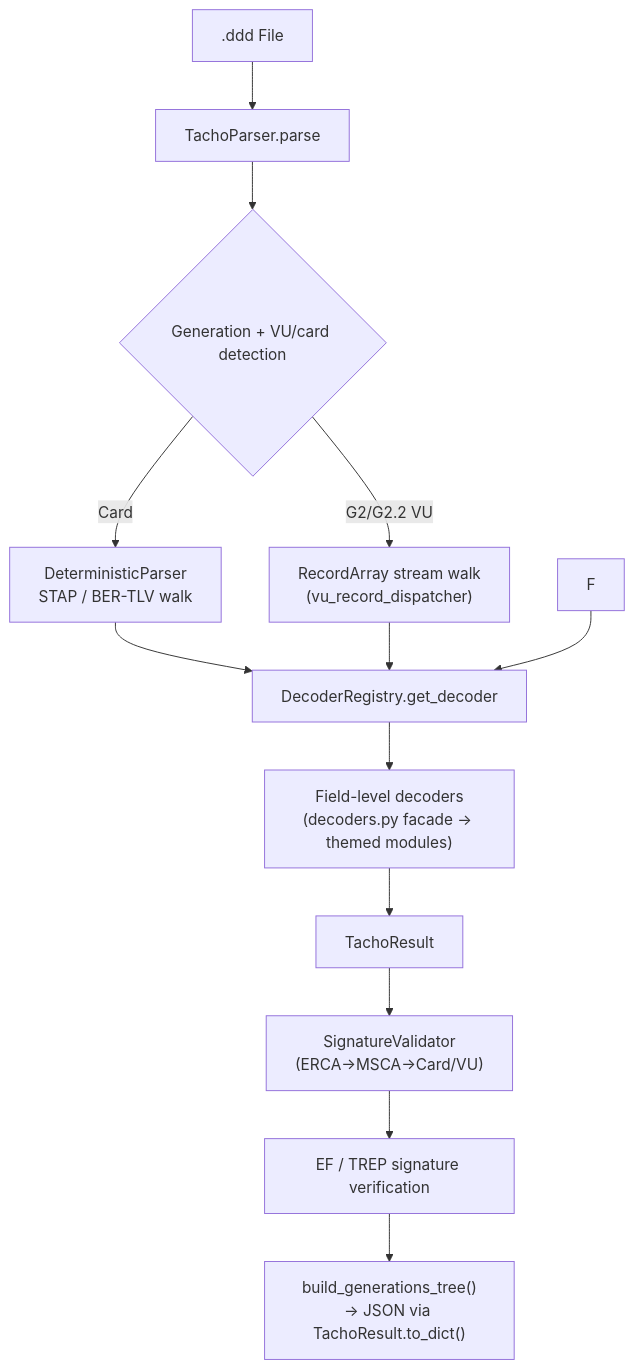
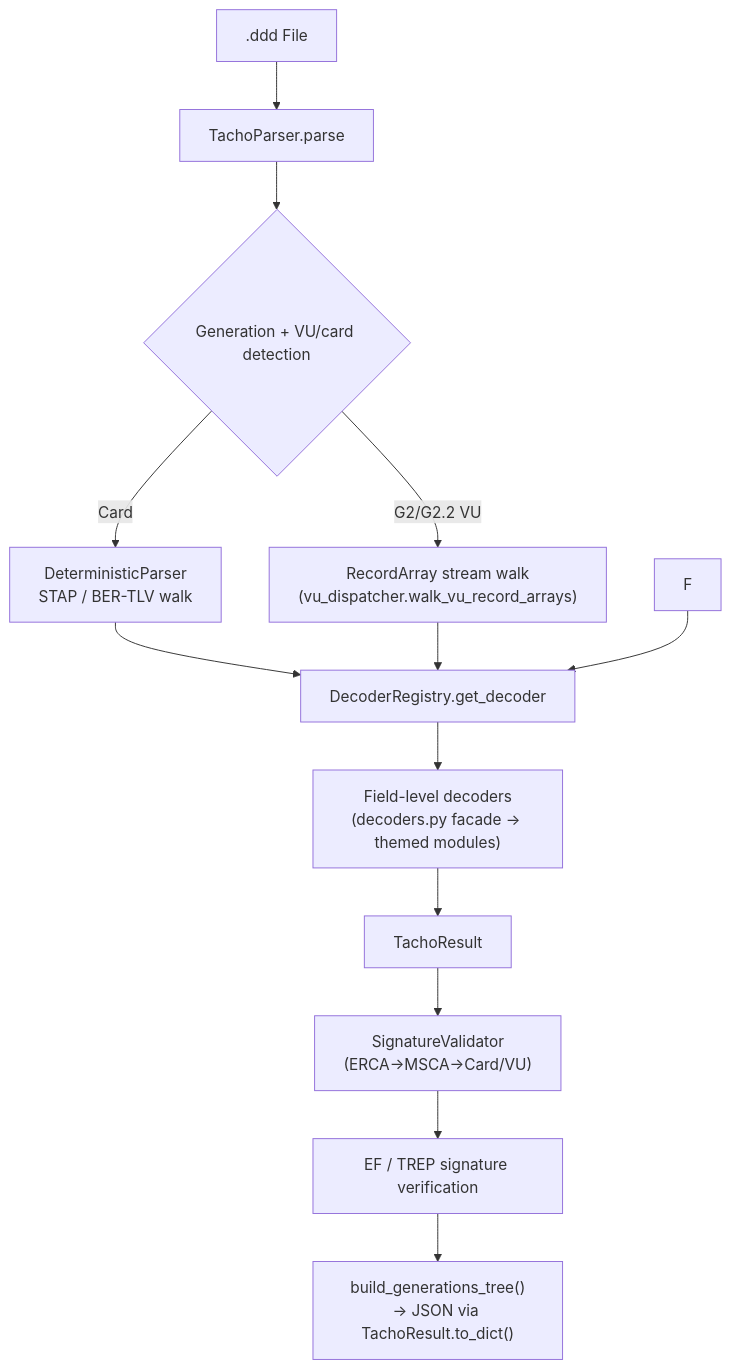
The first of 2 diagrams in docs/developer/architecture.md (Syax89/DDDTachograph_Reader), drawn with Mermaid before and after one commit. The commit also changed other lines of this file and 25 other files, not shown here.

````diff
--- a/docs/developer/architecture.md
+++ b/docs/developer/architecture.md
@@ -25,15 +25,15 @@
 ```mermaid
 flowchart TD
     A[".ddd File"] --> B[TachoParser.parse]
     B --> C{Generation + VU/card detection}
     C -->|"Card"| D["DeterministicParser\nSTAP / BER-TLV walk"]
-    C -->|"G2/G2.2 VU"| E["RecordArray stream walk\n(vu_record_dispatcher)"]
+    C -->|"G2/G2.2 VU"| E["RecordArray stream walk\n(vu_dispatcher.walk_vu_record_arrays)"]
     D --> G["DecoderRegistry.get_decoder"]
     E --> G
     F --> G
     G --> H["Field-level decoders\n(decoders.py facade → themed modules)"]
     H --> I[TachoResult]
     I --> J["SignatureValidator\n(ERCA→MSCA→Card/VU)"]
     J --> K["EF / TREP signature verification"]
     K --> L["build_generations_tree()\n→ JSON via TachoResult.to_dict()"]
 ```
````
